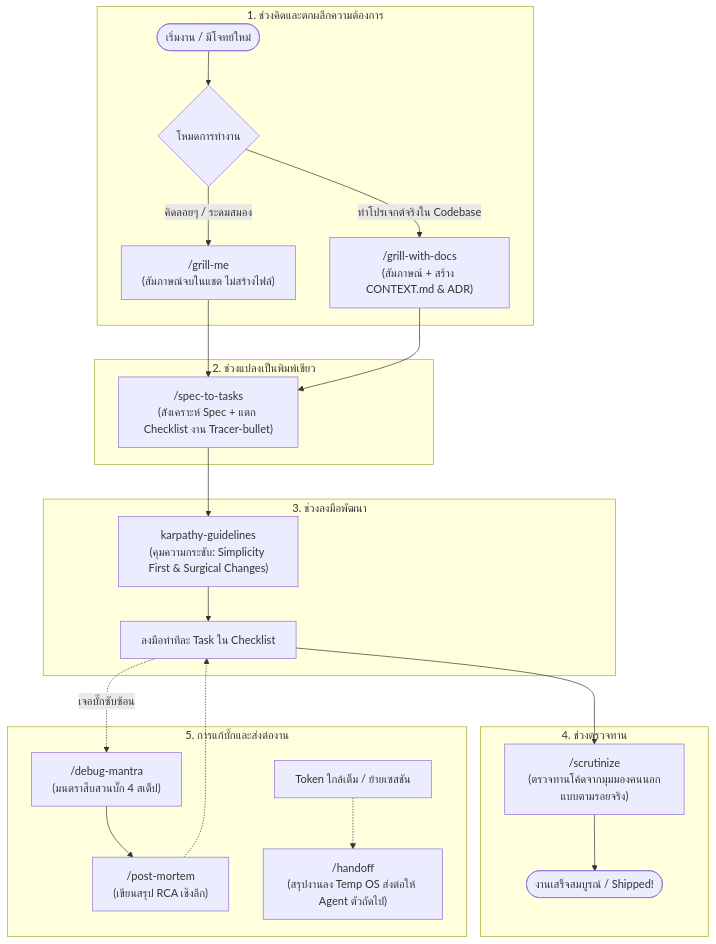
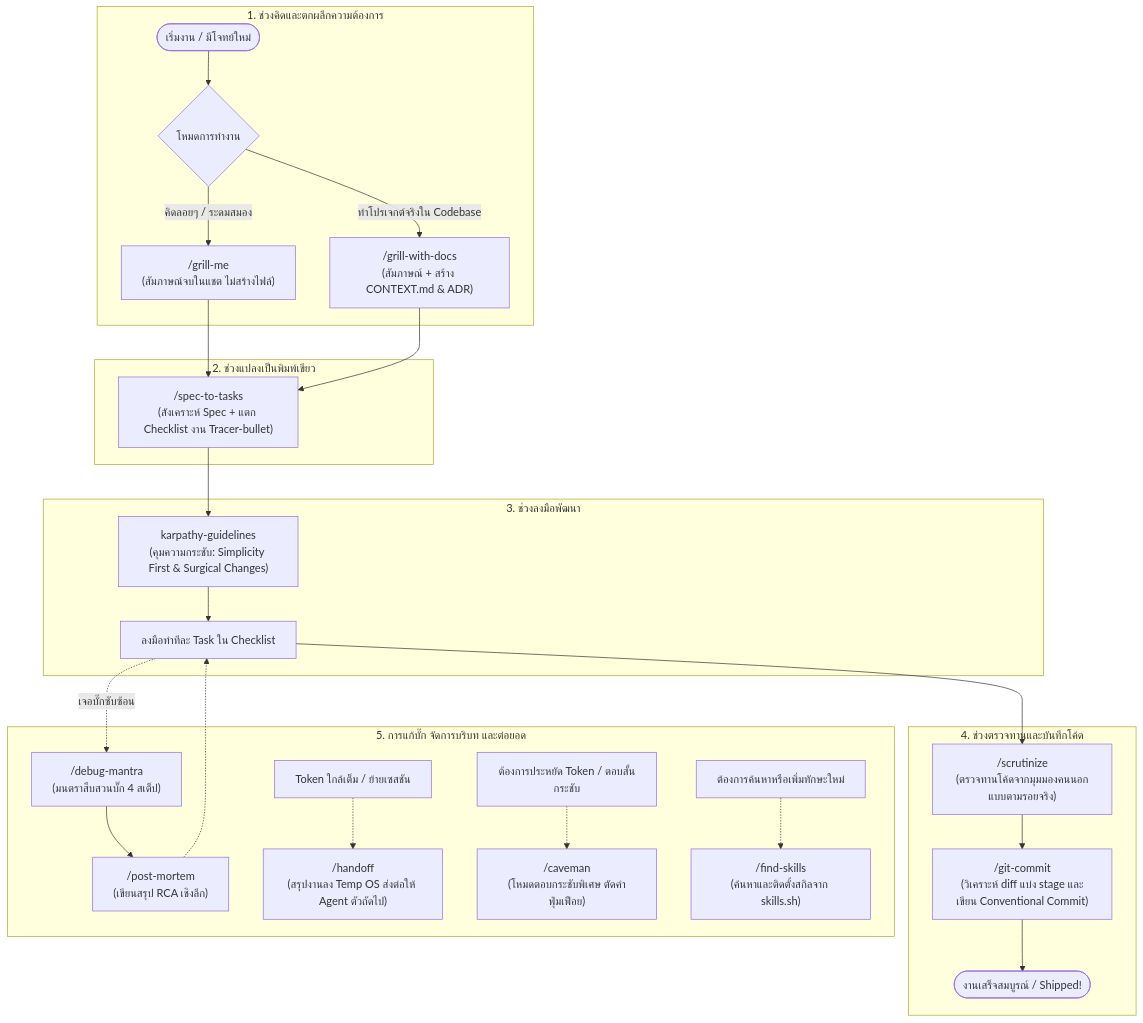
One commit to Rachapol03/Rachapol-skills changed the diagram in README.md. Above: the diagram before and after it, drawn with Mermaid. The commit also changed other lines of this file and 7 other files, not shown here.

First line of the commit message:
feat(skills): add git-commit, caveman, and find-skills

````diff
--- a/README.md
+++ b/README.md
@@ -31,31 +31,34 @@
 ```mermaid
 flowchart TD
     subgraph 1_Ideation ["1. ช่วงคิดและตกผลึกความต้องการ"]
         Start([เริ่มงาน / มีโจทย์ใหม่]) --> ModeCheck{"โหมดการทำงาน"}
         ModeCheck -- "คิดลอยๆ / ระดมสมอง" --> GrillMe["/grill-me<br/>(สัมภาษณ์จบในแชต ไม่สร้างไฟล์)"]
         ModeCheck -- "ทำโปรเจกต์จริงใน Codebase" --> GrillDocs["/grill-with-docs<br/>(สัมภาษณ์ + สร้าง CONTEXT.md & ADR)"]
     end
 
     subgraph 2_Planning ["2. ช่วงแปลงเป็นพิมพ์เขียว"]
         GrillMe --> SpecTasks["/spec-to-tasks<br/>(สังเคราะห์ Spec + แตก Checklist งาน Tracer-bullet)"]
         GrillDocs --> SpecTasks
     end
 
     subgraph 3_Execution ["3. ช่วงลงมือพัฒนา"]
         SpecTasks --> Karpathy["karpathy-guidelines<br/>(คุมความกระชับ: Simplicity First & Surgical Changes)"]
         Karpathy --> Coding[ลงมือทำทีละ Task ใน Checklist]
     end
 
-    subgraph 4_Review ["4. ช่วงตรวจทาน"]
+    subgraph 4_Review ["4. ช่วงตรวจทานและบันทึกโค้ด"]
         Coding --> Scrutinize["/scrutinize<br/>(ตรวจทานโค้ดจากมุมมองคนนอกแบบตามรอยจริง)"]
-        Scrutinize --> Done([งานเสร็จสมบูรณ์ / Shipped!])
+        Scrutinize --> GitCommit["/git-commit<br/>(วิเคราะห์ diff แบ่ง stage และเขียน Conventional Commit)"]
+        GitCommit --> Done([งานเสร็จสมบูรณ์ / Shipped!])
     end
 
-    subgraph 5_Emergency ["5. การแก้บั๊กและส่งต่องาน"]
+    subgraph 5_Emergency ["5. การแก้บั๊ก จัดการบริบท และต่อยอด"]
         Coding -. "เจอบั๊กซับซ้อน" .-> Debug["/debug-mantra<br/>(มนตราสืบสวนบั๊ก 4 สเต็ป)"]
         Debug --> PostMortem["/post-mortem<br/>(เขียนสรุป RCA เชิงลึก)"]
         PostMortem -.-> Coding
 
         Anywhere[Token ใกล้เต็ม / ย้ายเซสชัน] -.-> Handoff["/handoff<br/>(สรุปงานลง Temp OS ส่งต่อให้ Agent ตัวถัดไป)"]
+        Everywhere[ต้องการประหยัด Token / ตอบสั้นกระชับ] -.-> Caveman["/caveman<br/>(โหมดตอบกระชับพิเศษ ตัดคำฟุ่มเฟือย)"]
+        Extend[ต้องการค้นหาหรือเพิ่มทักษะใหม่] -.-> FindSkills["/find-skills<br/>(ค้นหาและติดตั้งสกิลจาก skills.sh)"]
     end
 ```
````
